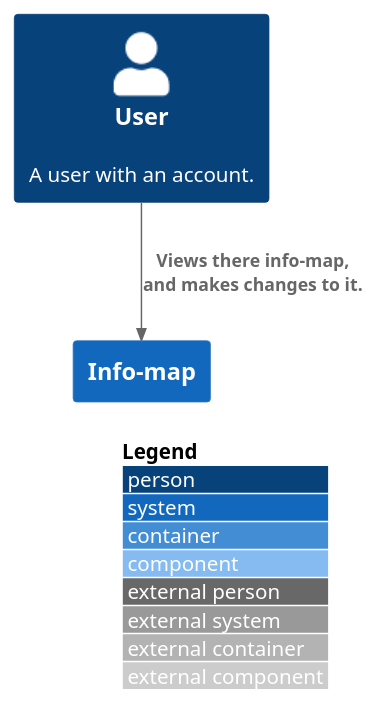
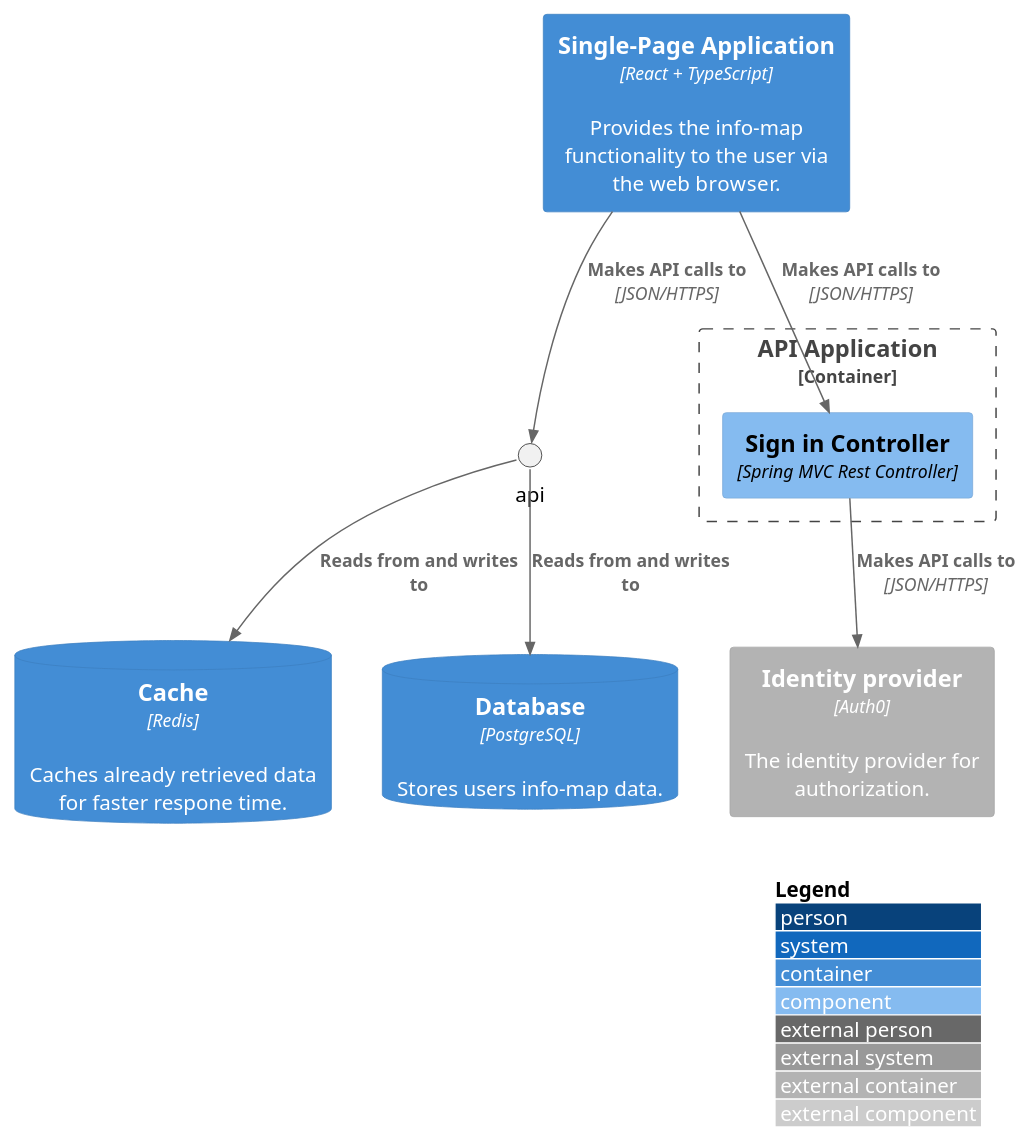
The diagram in diagrams/components.puml (FHICT-S-Koen/info-map-docs), drawn with PlantUML before and after one commit. The commit also changed 2 other files, not shown here.

Commit message:
updated diagrams

```diff
--- a/diagrams/components.puml
+++ b/diagrams/components.puml
@@ -1,10 +1,21 @@
 @startuml C4_Elements
 !include https://raw.githubusercontent.com/plantuml-stdlib/C4-PlantUML/master/C4_Component.puml
 
 LAYOUT_WITH_LEGEND()
 
-Person(user, "User", "A user with an account.")
-System(info_map, "Info-map")
+Container(spa, "Single-Page Application", "React + TypeScript", "Provides the info-map functionality to the user via the web browser.")
 
-Rel(user, info_map, "Views there info-map, and makes changes to it.")
+Container_Boundary(boundry, "API Application"){
+	Component(authController, "Sign in Controller", "Spring MVC Rest Controller")
+}
+ContainerDb(cache, "Cache", "Redis", "Caches already retrieved data for faster respone time.")
+ContainerDb(db, "Database", "PostgreSQL", "Stores users info-map data.")
+Container_Ext(auth, "Identity provider", "Auth0", "The identity provider for authorization.")
+
+Rel(spa, authController, "Makes API calls to", "JSON/HTTPS")
+Rel(spa, api, "Makes API calls to", "JSON/HTTPS")
+Rel(authController, auth, "Makes API calls to", "JSON/HTTPS")
+Rel(api, cache, "Reads from and writes to")
+Rel(api, db, "Reads from and writes to")
+
 @enduml
```
